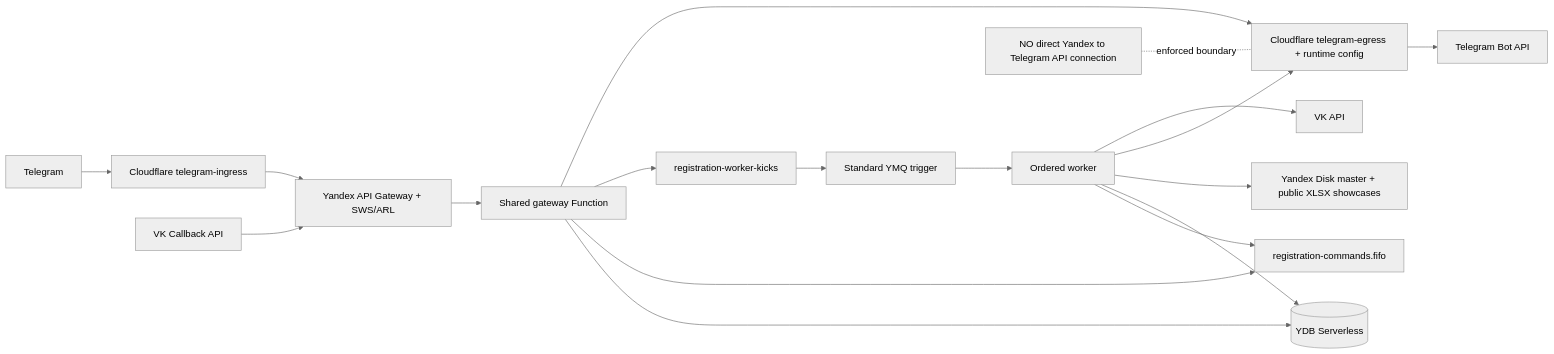
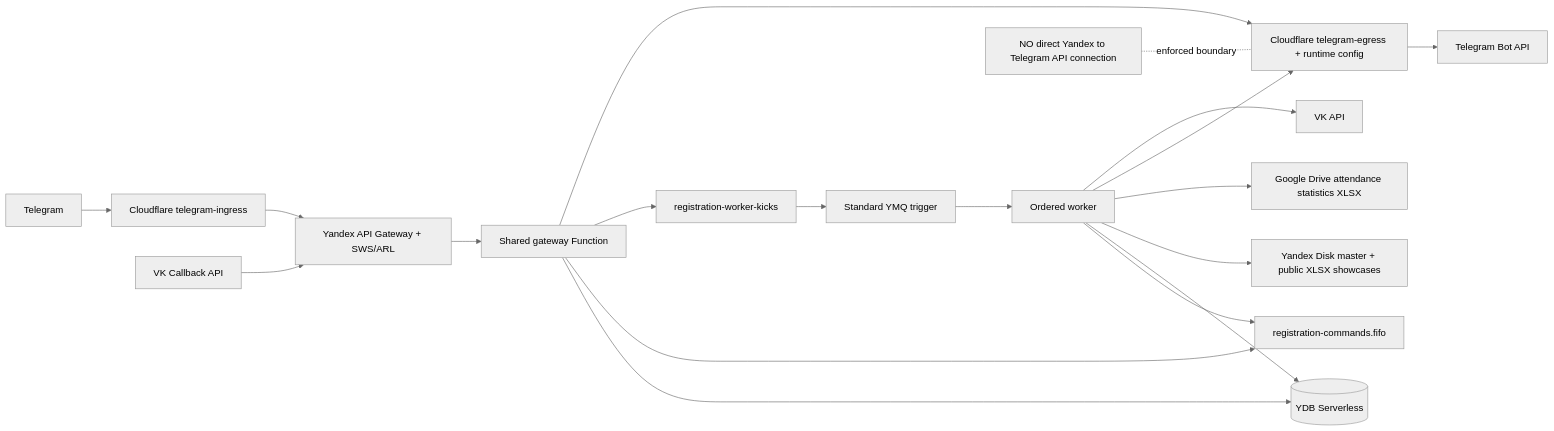
One commit to ProfessorLayton322/rolebot-hse changed the first of 5 diagrams in README.md. Above: the diagram before and after it, drawn with Mermaid (neutral theme). The commit also changed other lines of this file and 22 other files, not shown here.

Commit message:
feat: move attendance statistics to Google Drive

````diff
--- a/README.md
+++ b/README.md
@@ -9,21 +9,22 @@
 ```mermaid
 flowchart LR
     TG[Telegram] --> CFI[Cloudflare telegram-ingress]
     CFI --> APIGW[Yandex API Gateway + SWS/ARL]
     VK[VK Callback API] --> APIGW
     APIGW --> GW[Shared gateway Function]
     GW --> YDB[(YDB Serverless)]
     GW --> FIFO[registration-commands.fifo]
     GW --> KICK[registration-worker-kicks]
     KICK --> TRIGGER[Standard YMQ trigger]
     TRIGGER --> WORKER[Ordered worker]
     WORKER --> FIFO
     WORKER --> YDB
     WORKER --> DISK[Yandex Disk master + public XLSX showcases]
+    WORKER --> GDRIVE[Google Drive attendance statistics XLSX]
     GW --> CFE[Cloudflare telegram-egress + runtime config]
     WORKER --> CFE
     CFE --> TGAPI[Telegram Bot API]
     WORKER --> VKAPI[VK API]
 
     NO[NO direct Yandex to Telegram API connection] -. enforced boundary .- CFE
 ```
````
